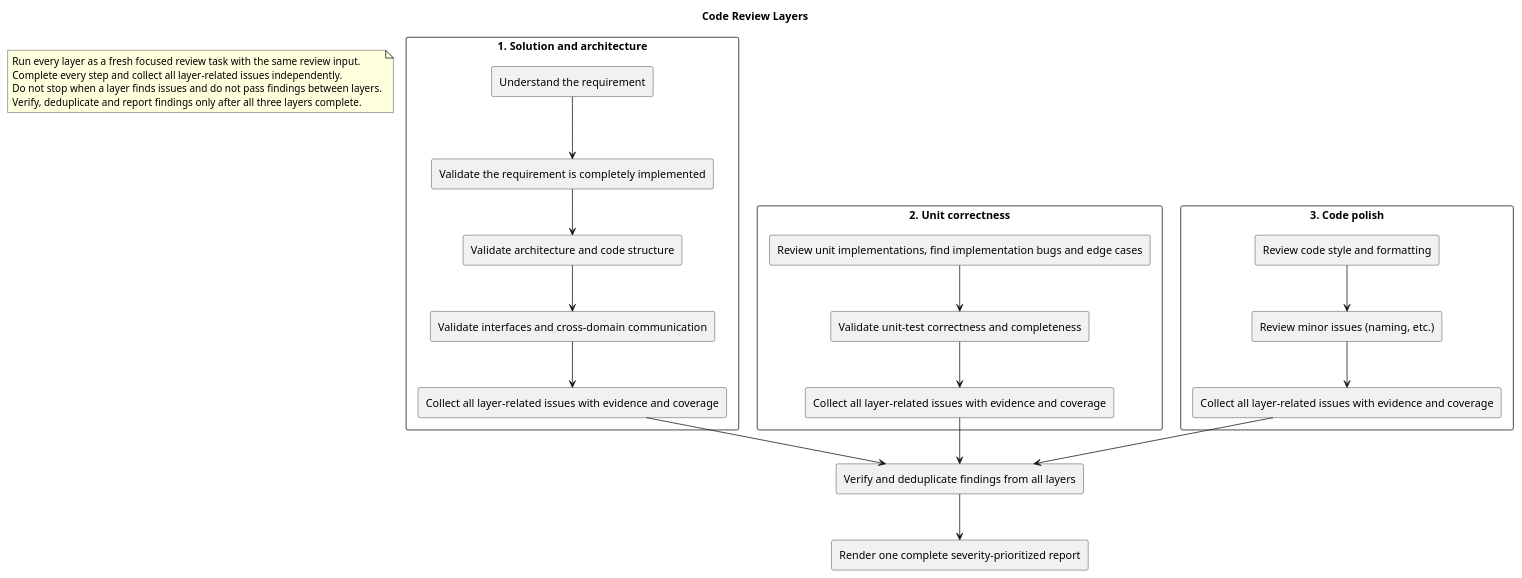
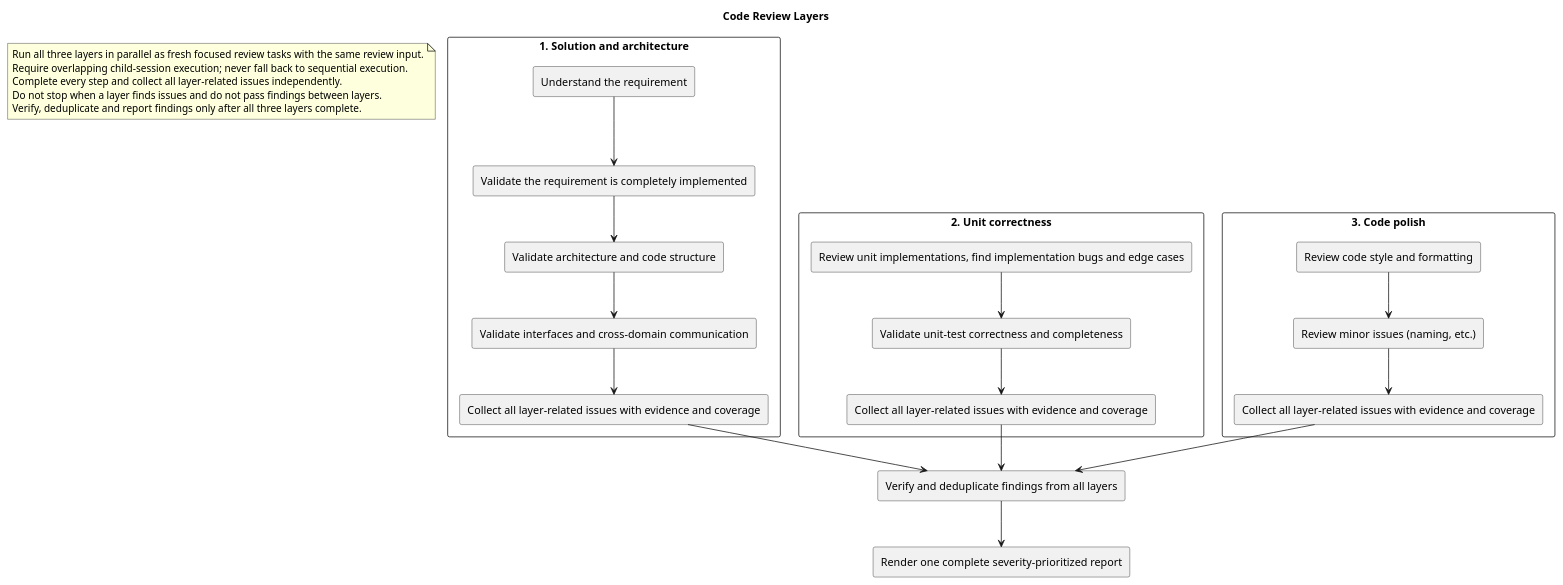
One commit to andrei-zanozin/skill_factory changed the diagram in deep_review/code_review_layers.puml. Above: the diagram before and after it, drawn with PlantUML. The commit also changed 4 other files, not shown here.

Commit message:
Force the parallel layers run

```diff
--- a/deep_review/code_review_layers.puml
+++ b/deep_review/code_review_layers.puml
@@ -1,46 +1,46 @@
 @startuml code_review_layers
 
 title Code Review Layers
 
-note "Run every layer as a fresh focused review task with the same review input.\nComplete every step and collect all layer-related issues independently.\nDo not stop when a layer finds issues and do not pass findings between layers.\nVerify, deduplicate and report findings only after all three layers complete." as LayerNote
+note "Run all three layers in parallel as fresh focused review tasks with the same review input.\nRequire overlapping child-session execution; never fall back to sequential execution.\nComplete every step and collect all layer-related issues independently.\nDo not stop when a layer finds issues and do not pass findings between layers.\nVerify, deduplicate and report findings only after all three layers complete." as LayerNote
 
 rectangle "1. Solution and architecture" {
   rectangle "Understand the requirement" as Requirements
   rectangle "Validate the requirement is completely implemented" as Solution
   rectangle "Validate architecture and code structure" as Architecture
   rectangle "Validate interfaces and cross-domain communication" as Interfaces
   rectangle "Collect all layer-related issues with evidence and coverage" as ArchitectureIssues
 }
 
 rectangle "2. Unit correctness" {
   rectangle "Review unit implementations, find implementation bugs and edge cases" as Units
   rectangle "Validate unit-test correctness and completeness" as Tests
   rectangle "Collect all layer-related issues with evidence and coverage" as UnitIssues
 }
 
 rectangle "3. Code polish" {
   rectangle "Review code style and formatting" as Style
   rectangle "Review minor issues (naming, etc.)" as Naming
   rectangle "Collect all layer-related issues with evidence and coverage" as PolishIssues
 }
 
 rectangle "Verify and deduplicate findings from all layers" as Consolidate
 rectangle "Render one complete severity-prioritized report" as Report
 
 Requirements --> Solution
 Solution --> Architecture
 Architecture --> Interfaces
 Interfaces --> ArchitectureIssues
 
 Units --> Tests
 Tests --> UnitIssues
 
 Style --> Naming
 Naming --> PolishIssues
 
 ArchitectureIssues --> Consolidate
 UnitIssues --> Consolidate
 PolishIssues --> Consolidate
 Consolidate --> Report
 
 @enduml
```
